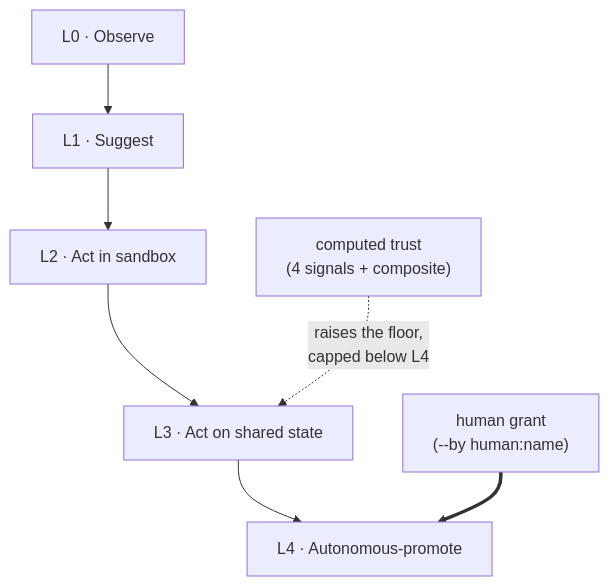
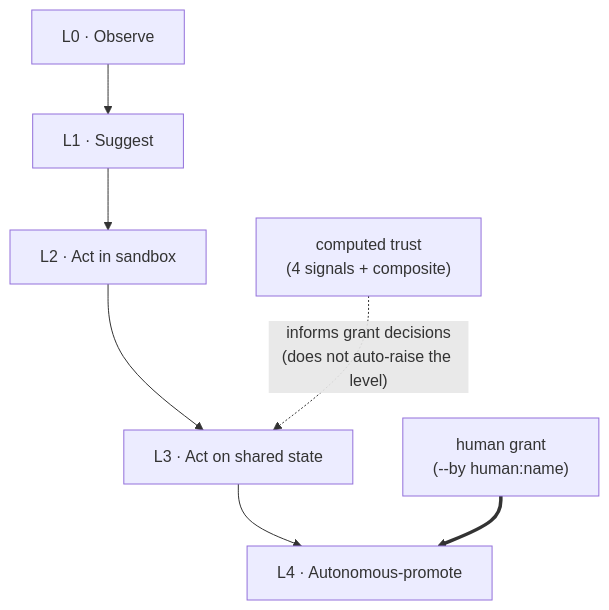
One commit to good-night-oppie/bene changed the third of 3 diagrams in docs/design/architecture-diagrams.md. Above: the diagram before and after it, drawn with Mermaid. The commit also changed other lines of this file and 2 other files, not shown here.

First line of the commit message:
docs: accuracy pass on non-live docs — examples, cs03 arena, design diagrams

````diff
--- a/docs/design/architecture-diagrams.md
+++ b/docs/design/architecture-diagrams.md
@@ -56,9 +62,9 @@
 ```mermaid
 flowchart TB
     L0["L0 · Observe"] --> L1["L1 · Suggest"]
     L1 --> L2["L2 · Act in sandbox"]
     L2 --> L3["L3 · Act on shared state"]
     L3 --> L4["L4 · Autonomous-promote"]
-    Trust["computed trust<br/>(4 signals + composite)"] -. "raises the floor,<br/>capped below L4" .-> L3
+    Trust["computed trust<br/>(4 signals + composite)"] -. "informs grant decisions<br/>(does not auto-raise the level)" .-> L3
     Human["human grant<br/>(--by human:name)"] ==> L4
 ```
````
